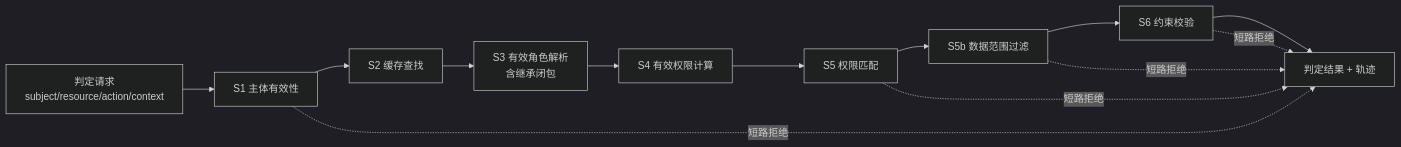
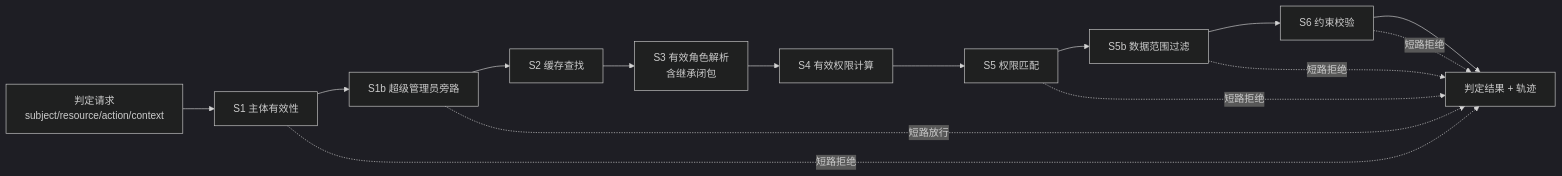
Before and after one commit to vintcessun/OOAD: the third of 7 diagrams in docs/02-architecture.md, drawn with Mermaid (dark theme). The commit also changed other lines of this file and 13 other files, not shown here.

````diff
--- a/docs/02-architecture.md
+++ b/docs/02-architecture.md
@@ -172,15 +226,17 @@
 ```mermaid
 flowchart LR
     IN[判定请求<br/>subject/resource/action/context] --> S1[S1 主体有效性]
-    S1 --> S2[S2 缓存查找]
+    S1 --> S1b[S1b 超级管理员旁路]
+    S1b --> S2[S2 缓存查找]
     S2 --> S3[S3 有效角色解析<br/>含继承闭包]
     S3 --> S4[S4 有效权限计算]
     S4 --> S5[S5 权限匹配]
     S5 --> S5b[S5b 数据范围过滤]
     S5b --> S6[S6 约束校验]
     S6 --> OUT[判定结果 + 轨迹]
     S1 -.短路拒绝.-> OUT
+    S1b -.短路放行.-> OUT
     S5 -.短路拒绝.-> OUT
     S5b -.短路拒绝.-> OUT
     S6 -.短路拒绝.-> OUT
 ```
````
